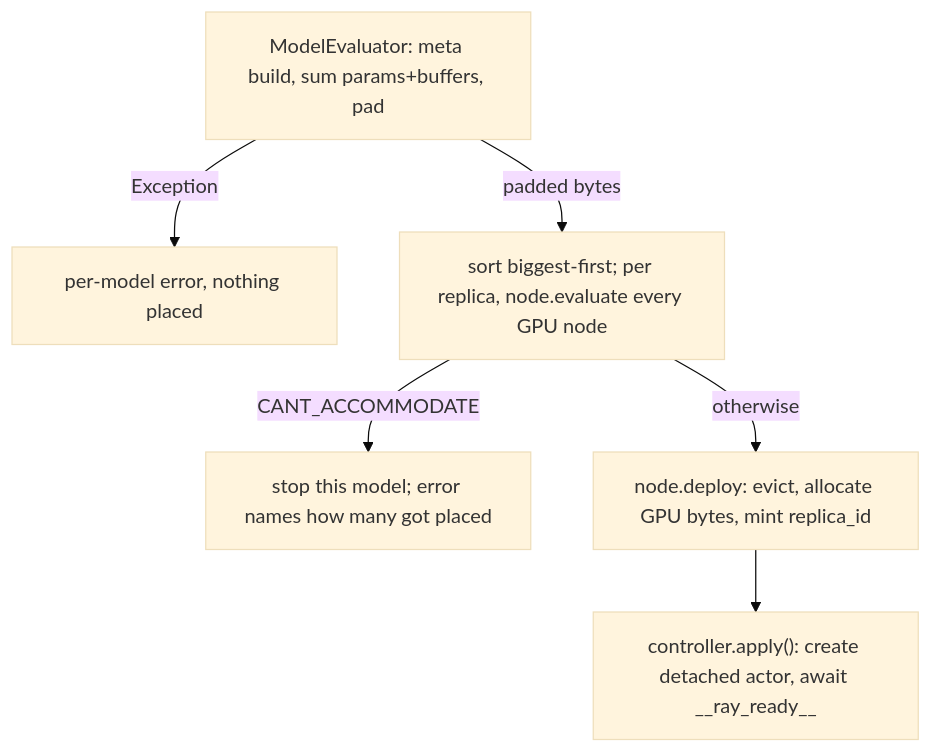
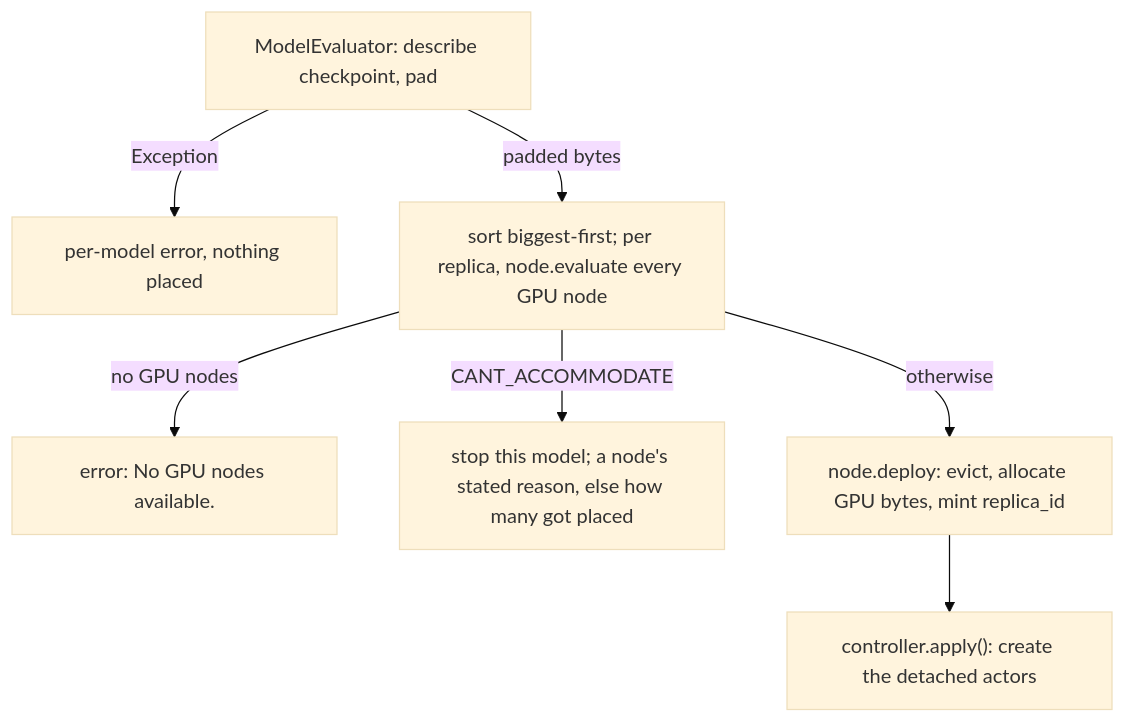
One commit to ndif-team/ndif changed the diagram in docs/operating/models-and-deployment.md. Above: the diagram before and after it, drawn with Mermaid (base theme). The commit also changed other lines of this file and 8 other files, not shown here.

````diff
--- a/docs/operating/models-and-deployment.md
+++ b/docs/operating/models-and-deployment.md
@@ -225,8 +215,9 @@
 ```mermaid
 flowchart TB
-    C["ModelEvaluator: meta build, sum params+buffers, pad"] -->|Exception| E["per-model error, nothing placed"]
+    C["ModelEvaluator: describe checkpoint, pad"] -->|Exception| E["per-model error, nothing placed"]
     C -->|padded bytes| D["sort biggest-first; per replica, node.evaluate every GPU node"]
-    D -->|CANT_ACCOMMODATE| H["stop this model; error names how many got placed"]
+    D -->|no GPU nodes| G["error: No GPU nodes available."]
+    D -->|CANT_ACCOMMODATE| H["stop this model; a node's stated reason, else how many got placed"]
     D -->|otherwise| I["node.deploy: evict, allocate GPU bytes, mint replica_id"]
-    I --> J["controller.apply(): create detached actor, await __ray_ready__"]
+    I --> J["controller.apply(): create the detached actors"]
 ```
````
